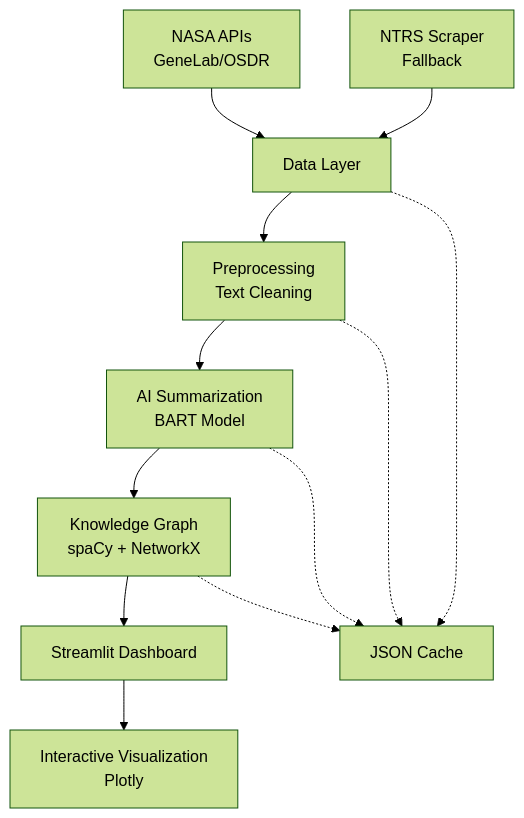
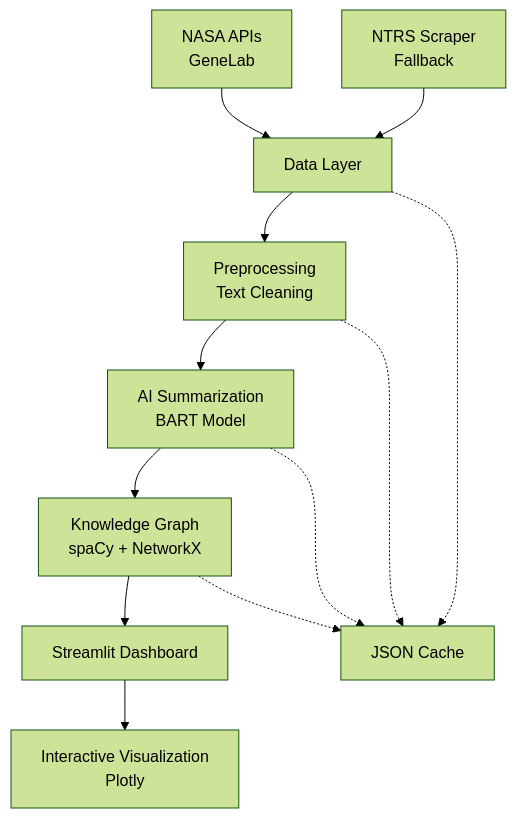
One commit to azddineharchaoui/nasa_knowledge_engine changed the diagram in README.md. Above: the diagram before and after it, drawn with Mermaid (forest theme). The commit also changed other lines of this file and 1 other file, not shown here.

````diff
--- a/README.md
+++ b/README.md
@@ -24,15 +24,14 @@
 ```mermaid
 graph TD
-    A[NASA APIs<br/>GeneLab/OSDR] --> B[Data Layer]
+    A[NASA APIs<br/>GeneLab] --> B[Data Layer]
     C[NTRS Scraper<br/>Fallback] --> B
     B --> D[Preprocessing<br/>Text Cleaning]
     D --> E[AI Summarization<br/>BART Model]
     E --> F[Knowledge Graph<br/>spaCy + NetworkX]
     F --> G[Streamlit Dashboard]
     G --> H[Interactive Visualization<br/>Plotly]
-    
     B -.-> I[JSON Cache]
     D -.-> I
     E -.-> I
     F -.-> I
 ```
````
